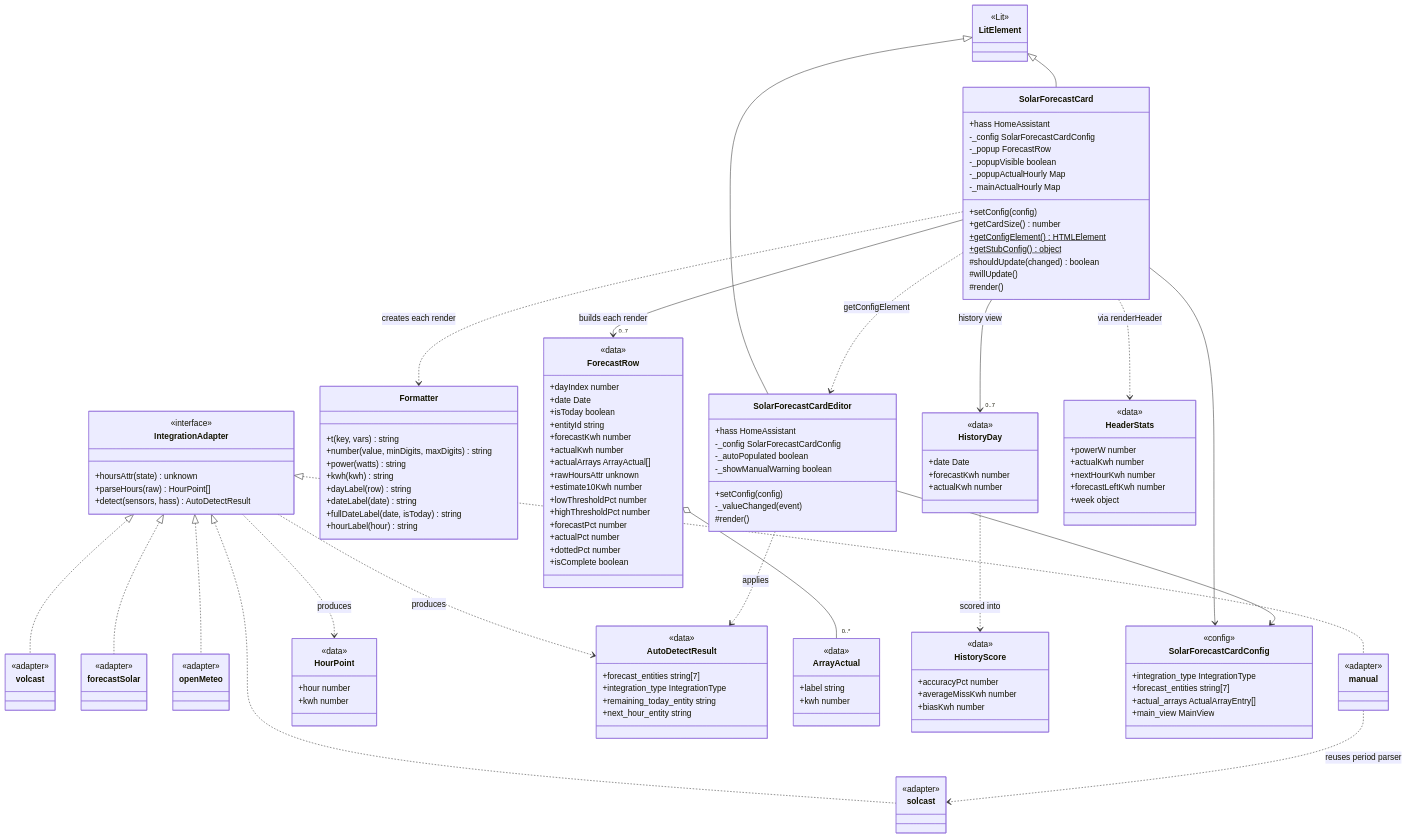
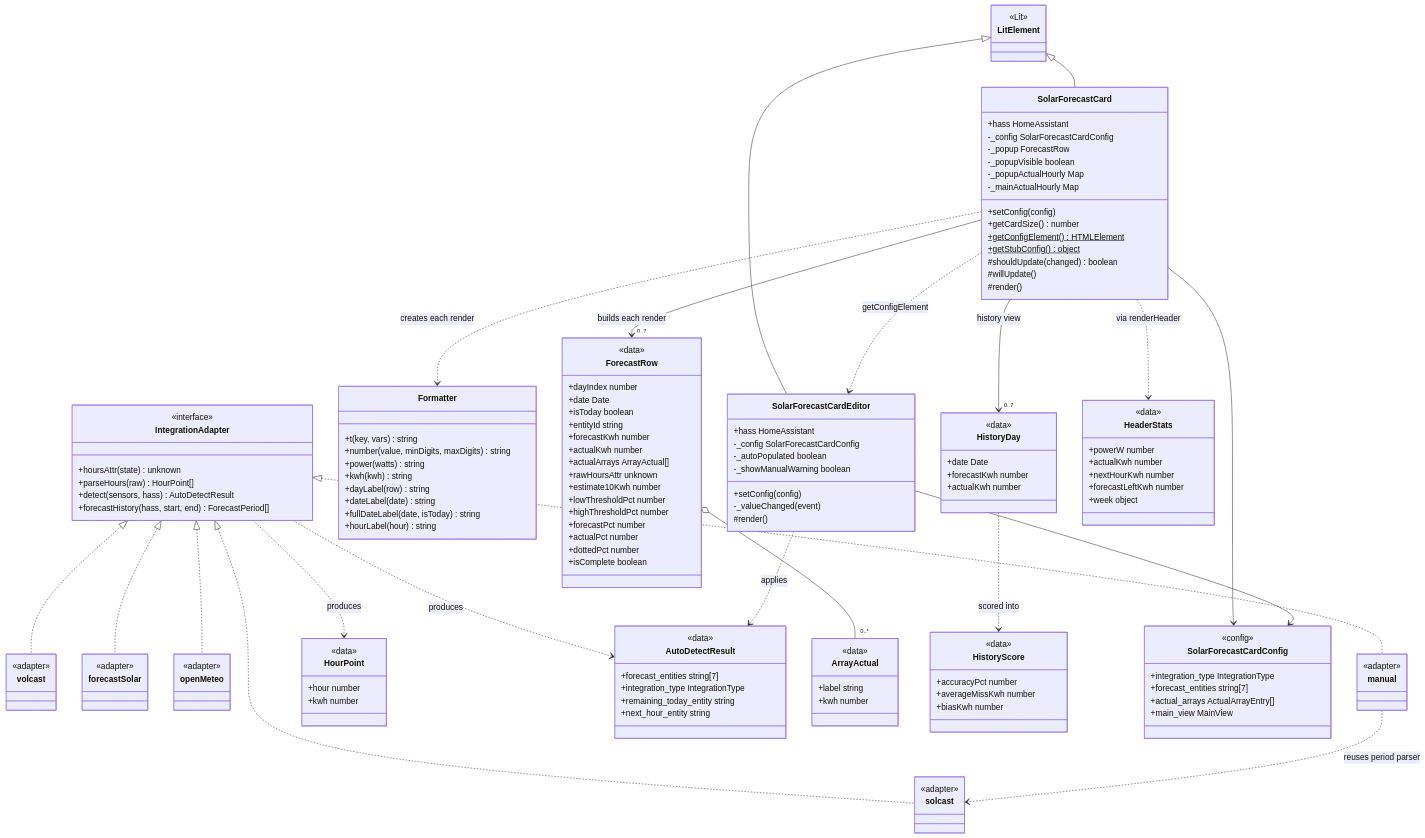
Before and after one commit to AshGSmith/solar-forecast-card: the second of 4 diagrams in docs/developer-guide.md, drawn with Mermaid. The commit also changed other lines of this file and 7 other files, not shown here.

```diff
--- a/docs/developer-guide.md
+++ b/docs/developer-guide.md
@@ -169,6 +169,7 @@
         +hoursAttr(state) unknown
         +parseHours(raw) HourPoint[]
         +detect(sensors, hass) AutoDetectResult
+        +forecastHistory(hass, start, end) ForecastPeriod[]
     }
 
     class solcast {
```
